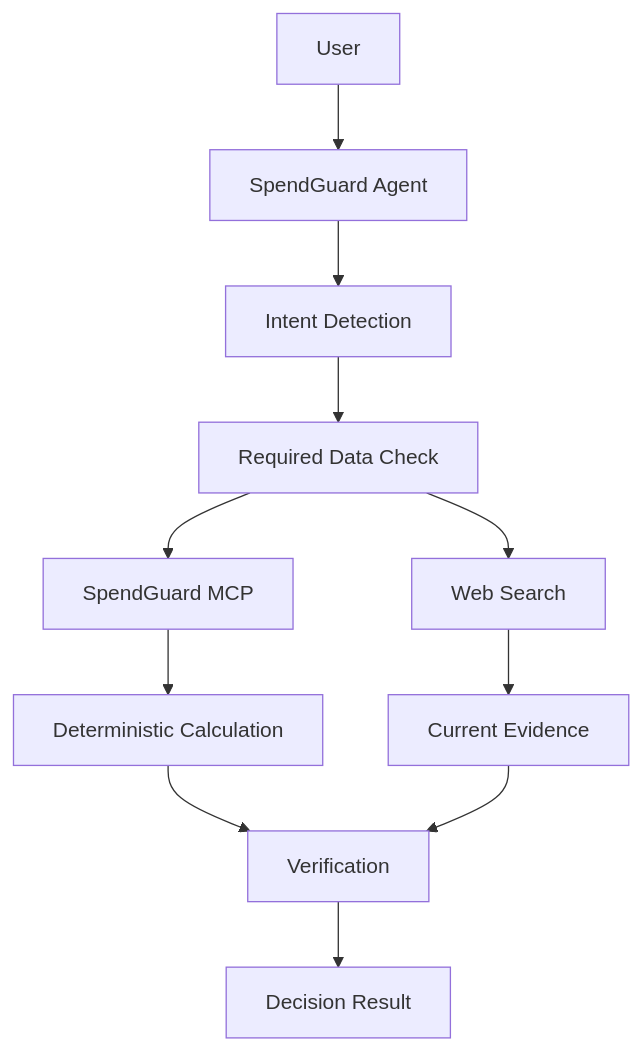
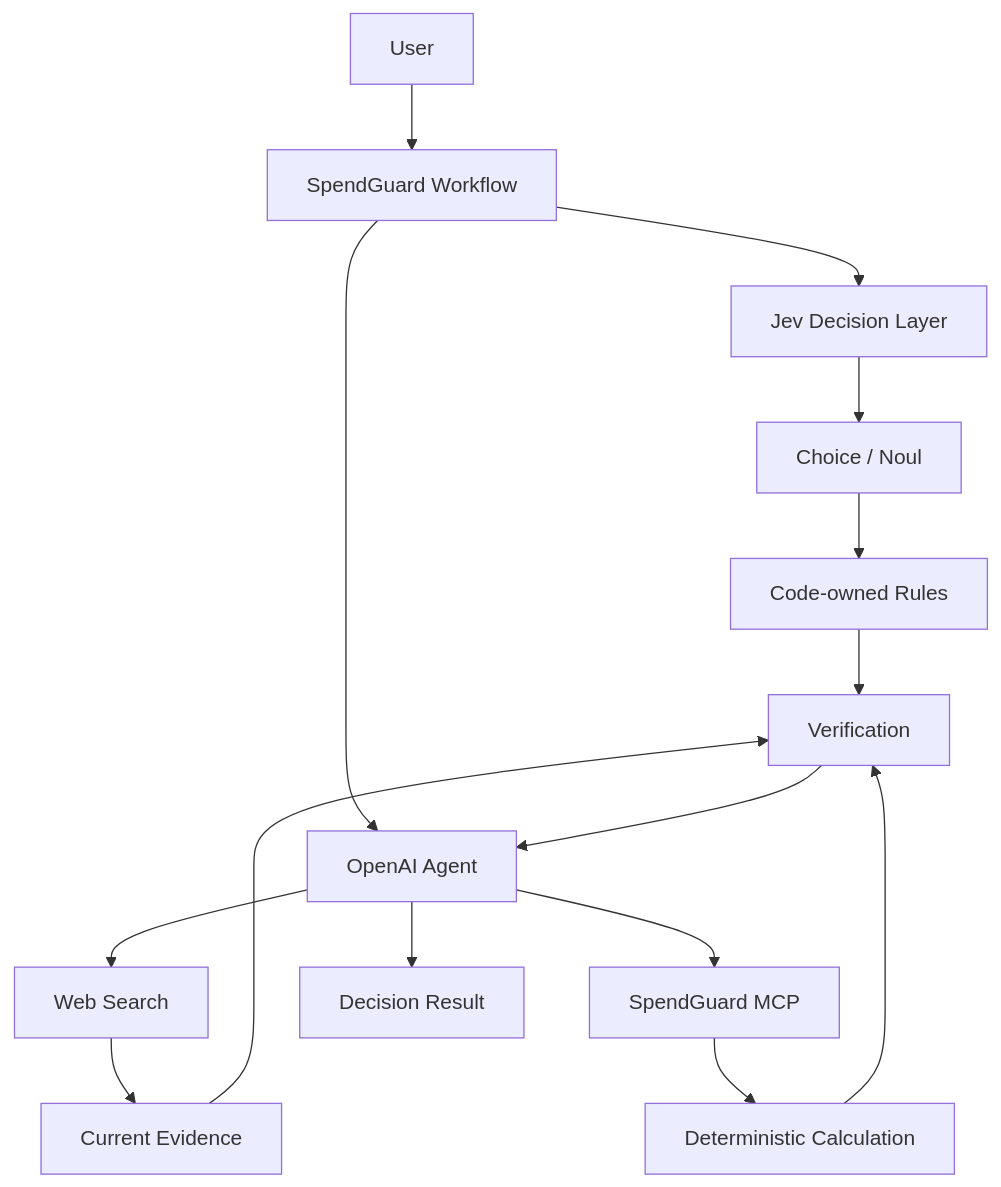
The diagram in .project/plan.md (seoheejung/spendguard-agent), drawn with Mermaid before and after one commit. The commit also changed other lines of this file and 5 other files, not shown here.

````diff
--- a/.project/plan.md
+++ b/.project/plan.md
@@ -28,13 +42,23 @@
 ```mermaid
 flowchart TD
-    User["User"] --> Agent["SpendGuard Agent"]
-    Agent --> Intent["Intent Detection"]
-    Intent --> Missing["Required Data Check"]
-    Missing --> MCP["SpendGuard MCP"]
-    Missing --> Search["Web Search"]
+    User["User"] --> Workflow["SpendGuard Workflow"]
+
+    Workflow --> Jev["Jev Decision Layer"]
+    Workflow --> Agent["OpenAI Agent"]
+
+    Jev --> Choice["Choice / Noul"]
+    Choice --> Rules["Code-owned Rules"]
+
+    Agent --> Search["Web Search"]
+    Agent --> MCP["SpendGuard MCP"]
+
     MCP --> Calc["Deterministic Calculation"]
     Search --> Evidence["Current Evidence"]
-    Calc --> Verify["Verification"]
+
+    Rules --> Verify["Verification"]
+    Calc --> Verify
     Evidence --> Verify
-    Verify --> Result["Decision Result"]
+
+    Verify --> Agent
+    Agent --> Result["Decision Result"]
 ```
````
